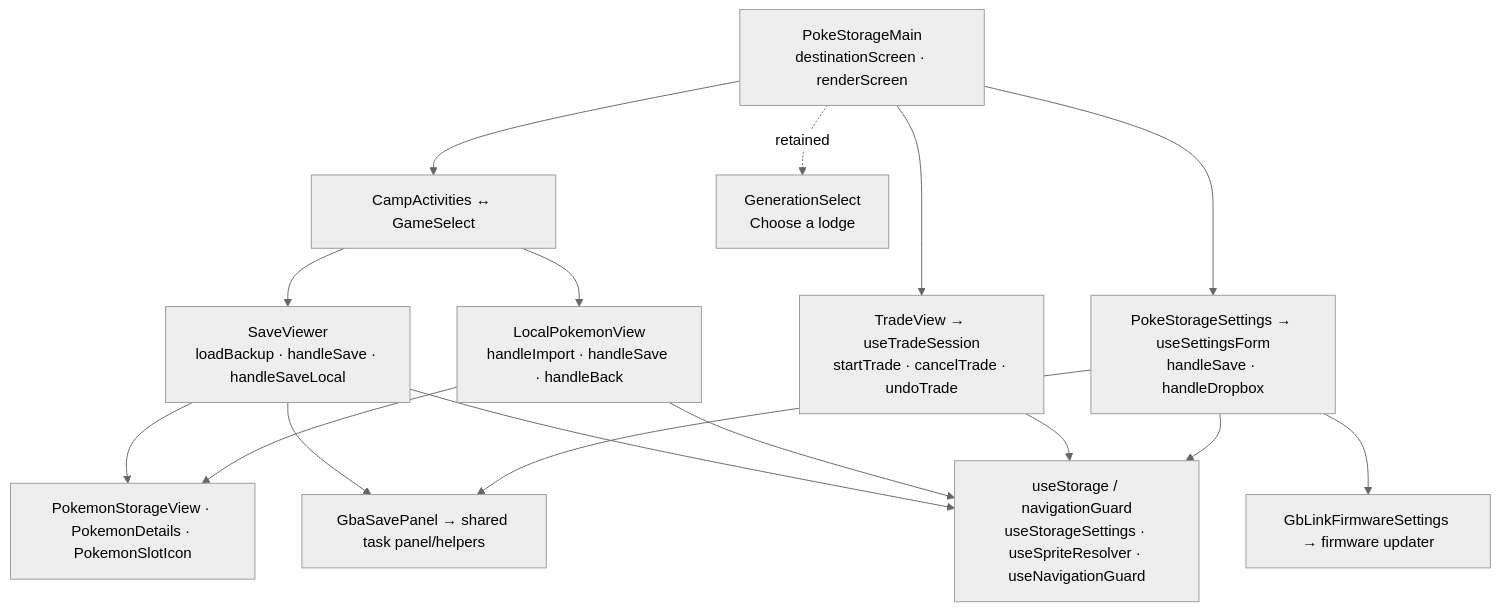
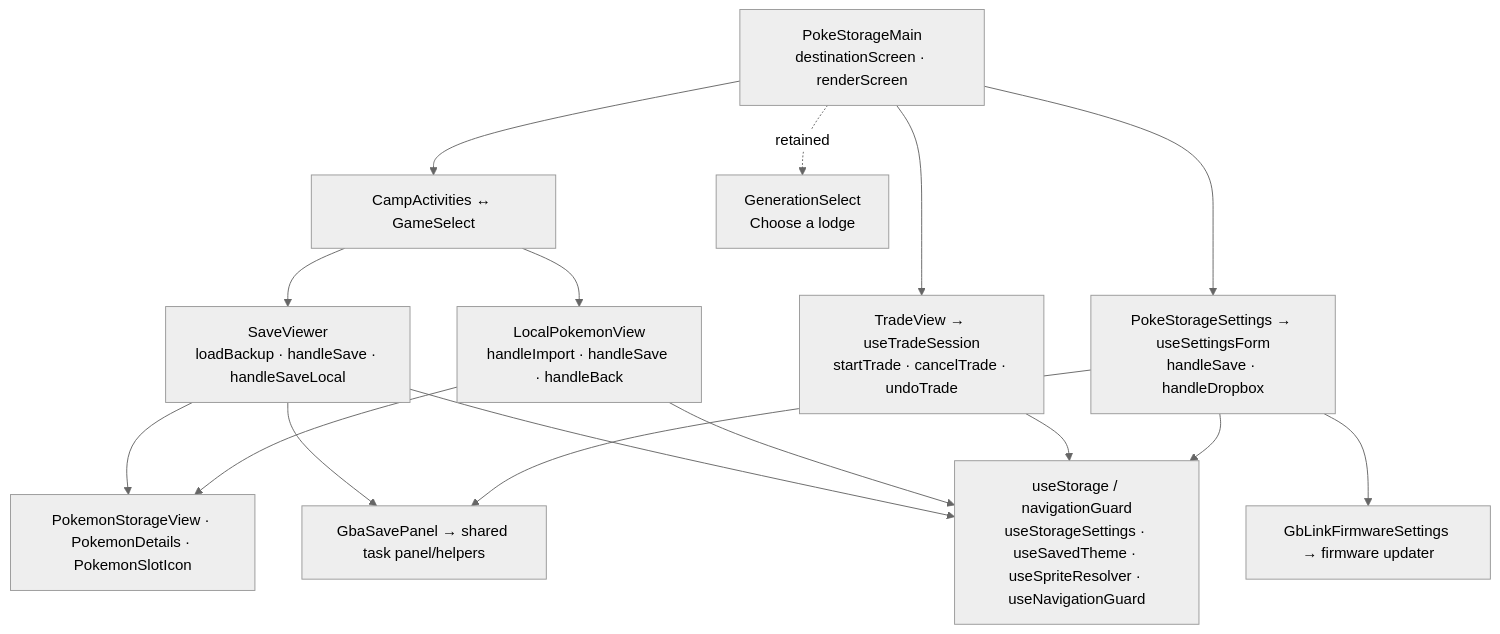
The diagram in src/pages/pokestorage/ARCHITECTURE.md (MercuryEnigma/pkcamp), drawn with Mermaid (neutral theme) before and after one commit. The commit also changed other lines of this file and 53 other files, not shown here.

````diff
--- a/src/pages/pokestorage/ARCHITECTURE.md
+++ b/src/pages/pokestorage/ARCHITECTURE.md
@@ -22,13 +23,13 @@
 ```mermaid
 flowchart TB
   Main["PokeStorageMain<br/>destinationScreen · renderScreen"] --> Menu["CampActivities ↔ GameSelect"]
   Main -. retained .-> Chooser["GenerationSelect<br/>Choose a lodge"]
   Menu --> Save["SaveViewer<br/>loadBackup · handleSave · handleSaveLocal"]
   Menu --> Camp["LocalPokemonView<br/>handleImport · handleSave · handleBack"]
   Main --> Trade["TradeView → useTradeSession<br/>startTrade · cancelTrade · undoTrade"]
   Main --> Settings["PokeStorageSettings → useSettingsForm<br/>handleSave · handleDropbox"]
   Save & Camp --> Grid["PokemonStorageView · PokemonDetails · PokemonSlotIcon"]
   Save & Settings --> GBA["GbaSavePanel → shared task panel/helpers"]
   Settings --> Firmware["GbLinkFirmwareSettings → firmware updater"]
-  Save & Camp & Trade & Settings --> Shared["useStorage / navigationGuard<br/>useStorageSettings · useSpriteResolver · useNavigationGuard"]
+  Save & Camp & Trade & Settings --> Shared["useStorage / navigationGuard<br/>useStorageSettings · useSavedTheme · useSpriteResolver · useNavigationGuard"]
 ```
````
